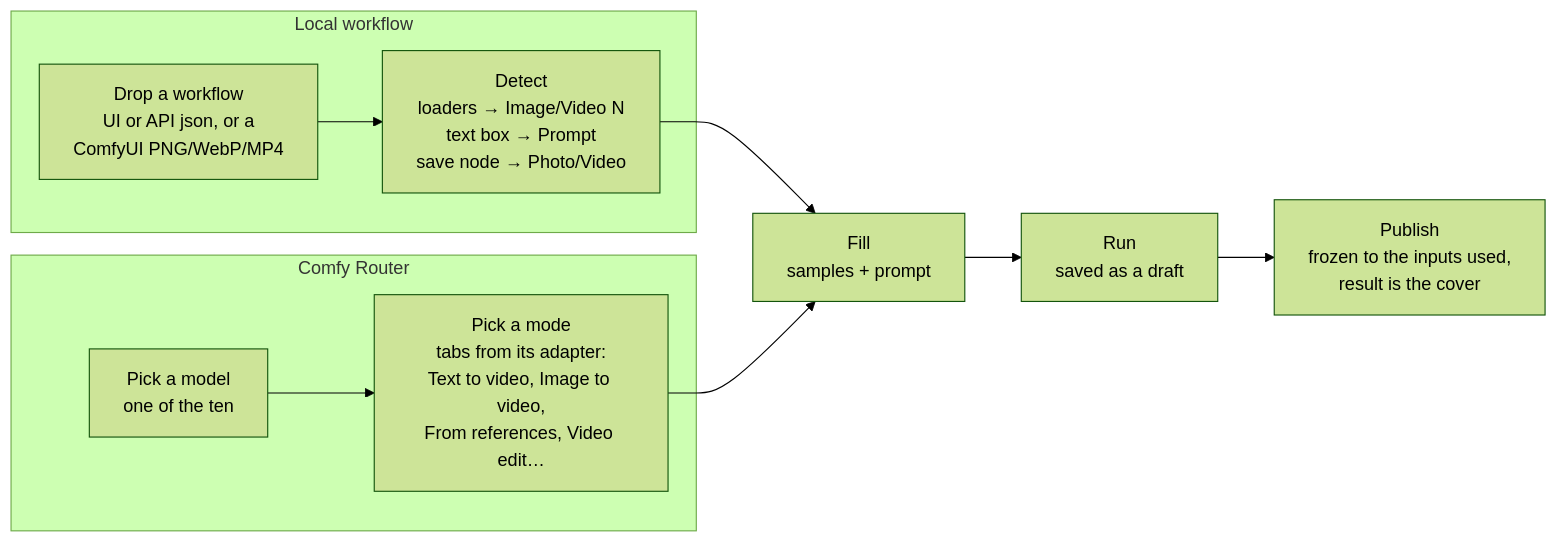
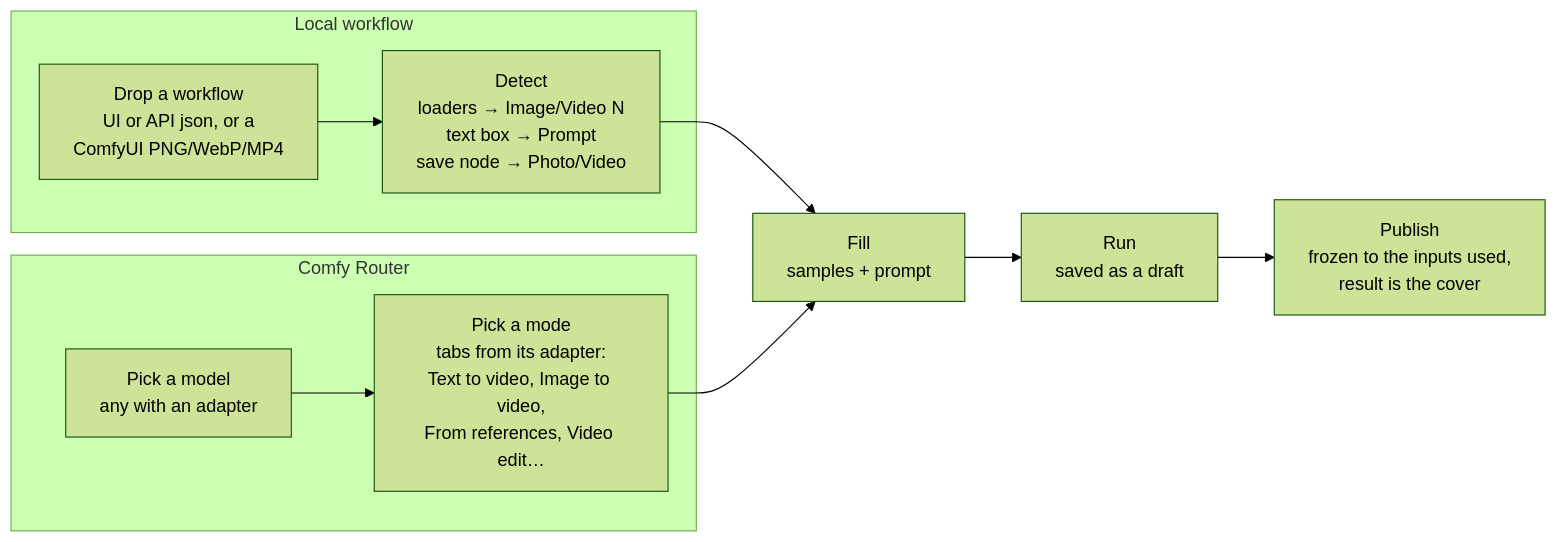
The third of 5 diagrams in README.md (GETHUK-BIGEMPEROR/OpenIllusion), drawn with Mermaid (forest theme) before and after one commit. The commit also changed other lines of this file and 2 other files, not shown here.

First line of the commit message:
Builder: drop the explainer cards and fixed model counts

````diff
--- a/README.md
+++ b/README.md
@@ -319,13 +318,13 @@
 ```mermaid
 flowchart LR
   subgraph Local["Local workflow"]
     D["Drop a workflow<br/>UI or API json, or a<br/>ComfyUI PNG/WebP/MP4"] --> DE["Detect<br/>loaders → Image/Video N<br/>text box → Prompt<br/>save node → Photo/Video"]
   end
   subgraph Cloud["Comfy Router"]
-    M["Pick a model<br/>one of the ten"] --> MO["Pick a mode<br/>tabs from its adapter:<br/>Text to video, Image to video,<br/>From references, Video edit…"]
+    M["Pick a model<br/>any with an adapter"] --> MO["Pick a mode<br/>tabs from its adapter:<br/>Text to video, Image to video,<br/>From references, Video edit…"]
   end
   DE --> F["Fill<br/>samples + prompt"]
   MO --> F
   F --> RU["Run<br/>saved as a draft"]
   RU --> PU["Publish<br/>frozen to the inputs used,<br/>result is the cover"]
 ```
````
